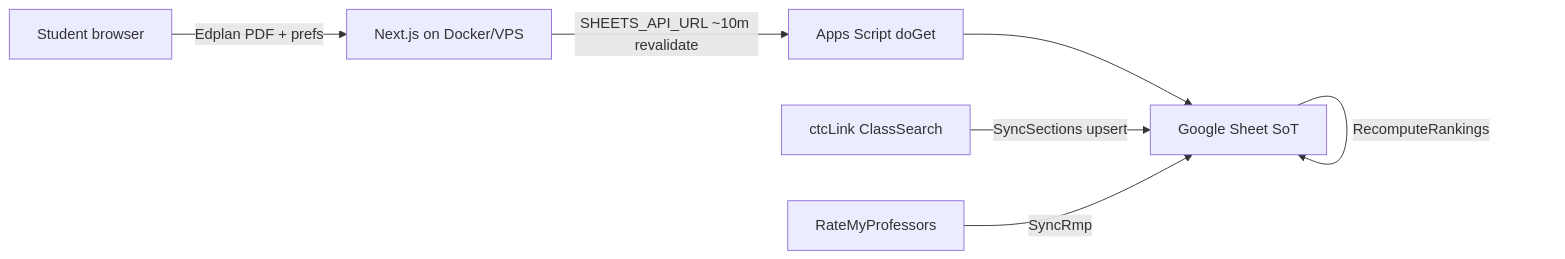
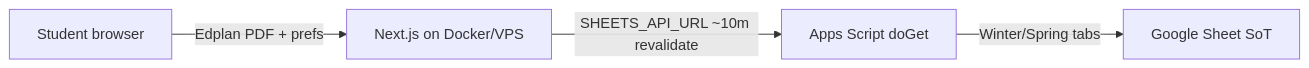
Before and after one commit to Arsyadam/find-my-class: the diagram in README.md, drawn with Mermaid. The commit also changed other lines of this file and 17 other files, not shown here.

First line of the commit message:
Retarget Find My Class to denormalized Winter/Spring sheet

````diff
--- a/README.md
+++ b/README.md
@@ -9,16 +9,11 @@
 ```mermaid
 flowchart LR
   Student[Student browser]
   Next[Next.js on Docker/VPS]
   GAS[Apps Script doGet]
   Sheet[Google Sheet SoT]
-  CTC[ctcLink ClassSearch]
-  RMP[RateMyProfessors]
 
   Student -->|Edplan PDF + prefs| Next
   Next -->|SHEETS_API_URL ~10m revalidate| GAS
-  GAS --> Sheet
-  CTC -->|SyncSections upsert| Sheet
-  RMP -->|SyncRmp| Sheet
-  Sheet -->|RecomputeRankings| Sheet
+  GAS -->|Winter/Spring tabs| Sheet
 ```
````
